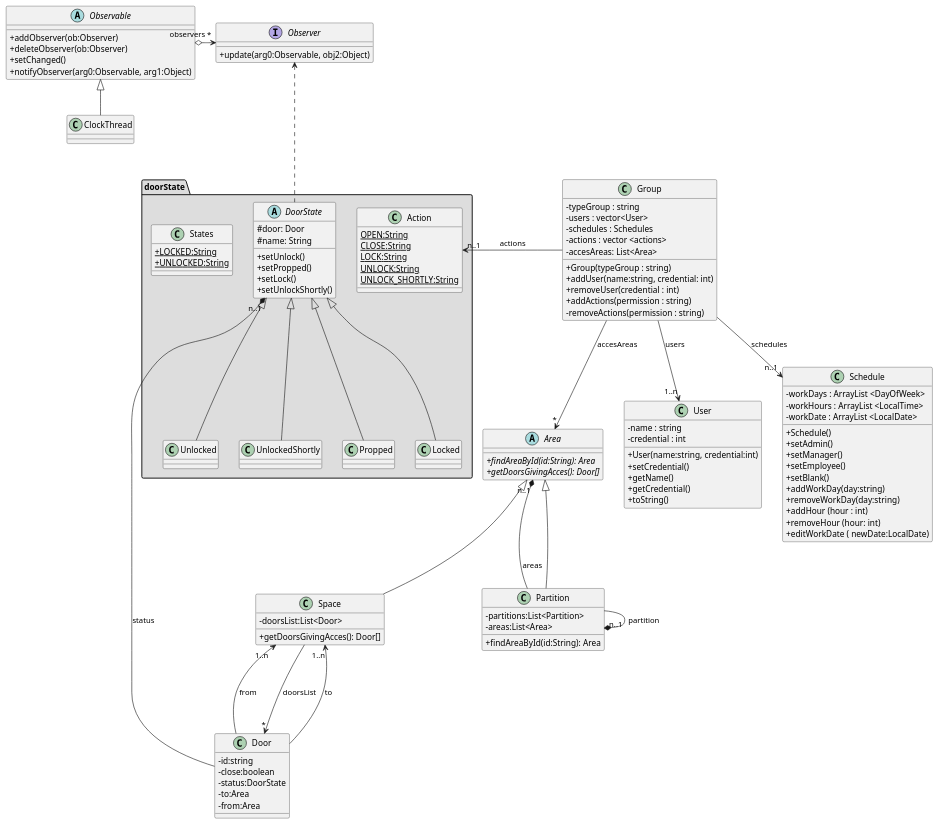
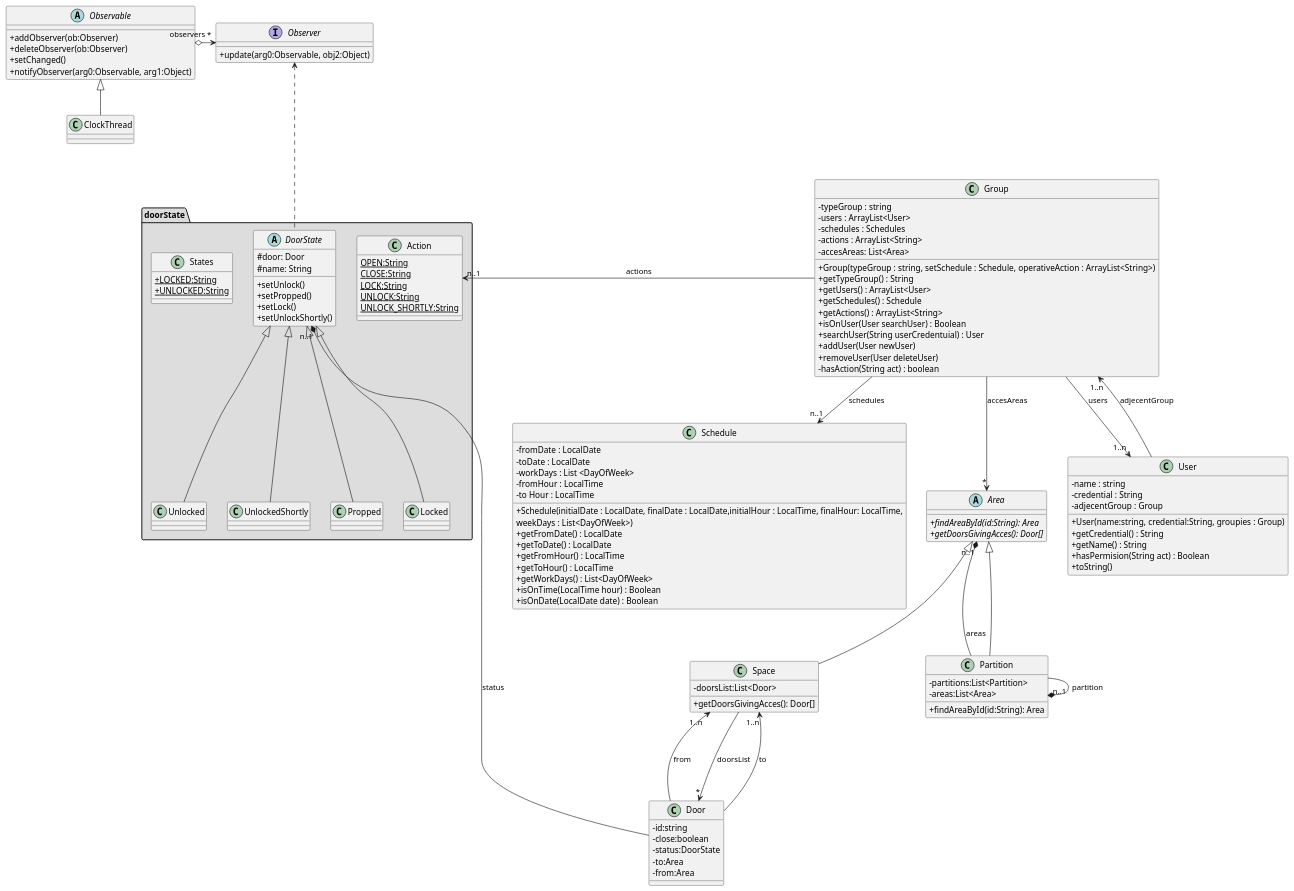
The diagram in src/baseNoStates/uml/class.puml (cuevc/PlabDs), drawn with PlantUML before and after one commit.

Commit message:
Update class.puml with users, group and schedule modifications

```diff
--- a/src/baseNoStates/uml/class.puml
+++ b/src/baseNoStates/uml/class.puml
@@ -1,156 +1,163 @@
 @startuml
 skinparam classAttributeIconSize 0
 ' this is to use the standard notation for public, protected, private
 
 class User {
 - name : string
-- credential : int
-+ User(name:string, credential:int)
-+ setCredential()
-+ getName()
-+ getCredential()
+- credential : String
+- adjecentGroup : Group
++ User(name:string, credential:String, groupies : Group)
++ getCredential() : String
++ getName() : String
++ hasPermision(String act) : Boolean
 + toString()
 }
 
 
 
 class Group{
     - typeGroup : string
-    - users : vector<User>
+    - users : ArrayList<User>
     - schedules : Schedules
-    - actions : vector <actions>
+    - actions : ArrayList<String>
     - accesAreas: List<Area>
 
-
-   + Group(typeGroup : string)
-   + addUser(name:string, credential: int)
-   + removeUser(credential : int)
-   + addActions(permission : string)
-   - removeActions(permission : string)
+   + Group(typeGroup : string, setSchedule : Schedule, operativeAction : ArrayList<String>)
+   + getTypeGroup() : String
+   + getUsers() : ArrayList<User>
+   + getSchedules() : Schedule
+   + getActions() : ArrayList<String>
+   + isOnUser(User searchUser) : Boolean
+   + searchUser(String userCredentuial) : User
+   + addUser(User newUser)
+   + removeUser(User deleteUser)
+   - hasAction(String act) : boolean
 
 }
 
 
 class Schedule{
-    - workDays : ArrayList <DayOfWeek>
-    - workHours : ArrayList <LocalTime>
-    - workDate : ArrayList <LocalDate>
+    - fromDate : LocalDate
+    - toDate : LocalDate
+    - workDays : List <DayOfWeek>
+    - fromHour : LocalTime
+    - to Hour : LocalTime
 
-    + Schedule()
-    + setAdmin()
-    + setManager()
-    + setEmployee()
-    + setBlank()
-    + addWorkDay(day:string)
-    + removeWorkDay(day:string)
-    + addHour (hour : int)
-    + removeHour (hour: int)
-    + editWorkDate ( newDate:LocalDate)
+    + Schedule(initialDate : LocalDate, finalDate : LocalDate,initialHour : LocalTime, finalHour: LocalTime,
+    weekDays : List<DayOfWeek>)
+    + getFromDate() : LocalDate
+    + getToDate() : LocalDate
+    + getFromHour() : LocalTime
+    + getToHour() : LocalTime
+    + getWorkDays() : List<DayOfWeek>
+    + isOnTime(LocalTime hour) : Boolean
+    + isOnDate(LocalDate date) : Boolean
 
 }
 
 
 class Door{
     -id:string
     -close:boolean
     -status:DoorState
     -to:Area
     -from:Area
 }
 
 namespace doorState #DDDDDD{
     class States{
        +{static}LOCKED:String
        +{static}UNLOCKED:String
     }
 
     class Action{
         {static}OPEN:String
         {static}CLOSE:String
         {static}LOCK:String
         {static}UNLOCK:String
         {static}UNLOCK_SHORTLY:String
     }
 
     abstract DoorState{
         #door: Door
         #name: String
         +setUnlock()
         +setPropped()
         +setLock()
         +setUnlockShortly()
     }
 
     class Unlocked extends DoorState{
 
     }
 
     class UnlockedShortly extends DoorState{
 
     }
 
     class Propped extends DoorState{
 
     }
 
     class Locked extends DoorState{
 
     }
 }
 
 
 abstract Area{
     {abstract}+findAreaById(id:String): Area
     {abstract}+getDoorsGivingAcces(): Door[]
 }
 
 class Partition extends Area{
     -partitions:List<Partition>
     -areas:List<Area>
 
     +findAreaById(id:String): Area
 }
 
  class Space Extends Area{
     -doorsList:List<Door>
 
     +getDoorsGivingAcces(): Door[]
 }
 
 
 abstract Observable{
     +addObserver(ob:Observer)
     +deleteObserver(ob:Observer)
     +setChanged()
     +notifyObserver(arg0:Observable, arg1:Object)
 }
 
 interface Observer{
     +update(arg0:Observable, obj2:Object)
 }
 
 
 class ClockThread extends Observable{
 
 }
 
 Group -left-> "n..1" Action : actions
 Group -down-> "n..1" Schedule : schedules
 Group -down-> "1..n"  User: users
+User -up-> "1..n" Group:adjecentGroup
 
 
 Door --up->"1..n" Space: to
 Door --up->"1..n" Space: from
 Door -right-*"n..1" DoorState : status
 
 Partition --right*"n..1" Partition : partition
 Partition --down*"n..1" Area: areas
 
 Space --down->"*" Door:doorsList
 
 Group -->"*" Area: accesAreas
 
 Observable o-right-> "observers *" Observer
 
 DoorState ..Up.> Observer
 @enduml
```
